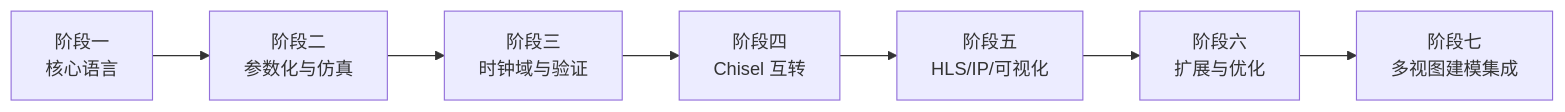
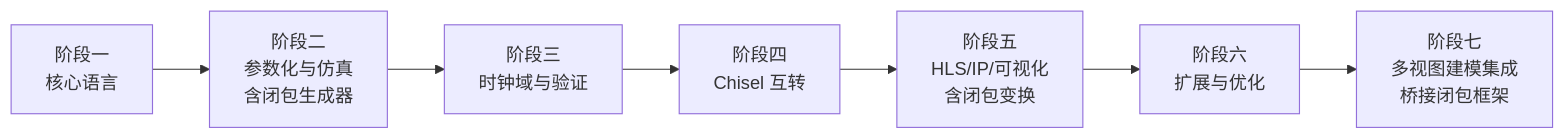
Before and after one commit to TangCan/bitloom: the second of 11 diagrams in docs/requirements/19. 实施路线图.md, drawn with Mermaid. The commit also changed other lines of this file and 17 other files, not shown here.

````diff
--- a/docs/requirements/19. 实施路线图.md
+++ b/docs/requirements/19. 实施路线图.md
@@ -60,10 +57,9 @@
 ```mermaid
 flowchart LR
-    P1[阶段一<br>核心语言] --> P2[阶段二<br>参数化与仿真]
+    P1[阶段一<br>核心语言] --> P2[阶段二<br>参数化与仿真<br>含闭包生成器]
     P2 --> P3[阶段三<br>时钟域与验证]
     P3 --> P4[阶段四<br>Chisel 互转]
-    P4 --> P5[阶段五<br>HLS/IP/可视化]
+    P4 --> P5[阶段五<br>HLS/IP/可视化<br>含闭包变换]
     P5 --> P6[阶段六<br>扩展与优化]
-    P6 --> P7[阶段七<br>多视图建模集成]
-
+    P6 --> P7[阶段七<br>多视图建模集成<br>桥接闭包框架]
 ```
````
